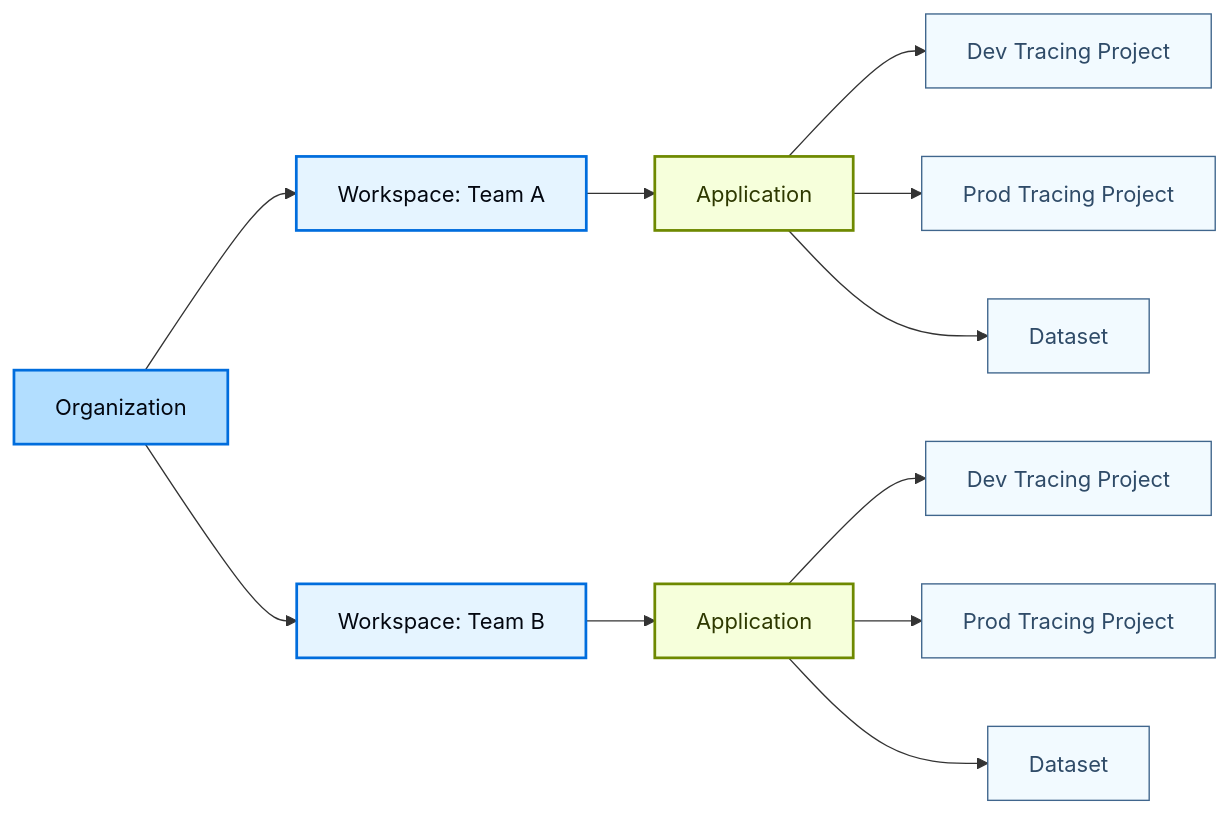
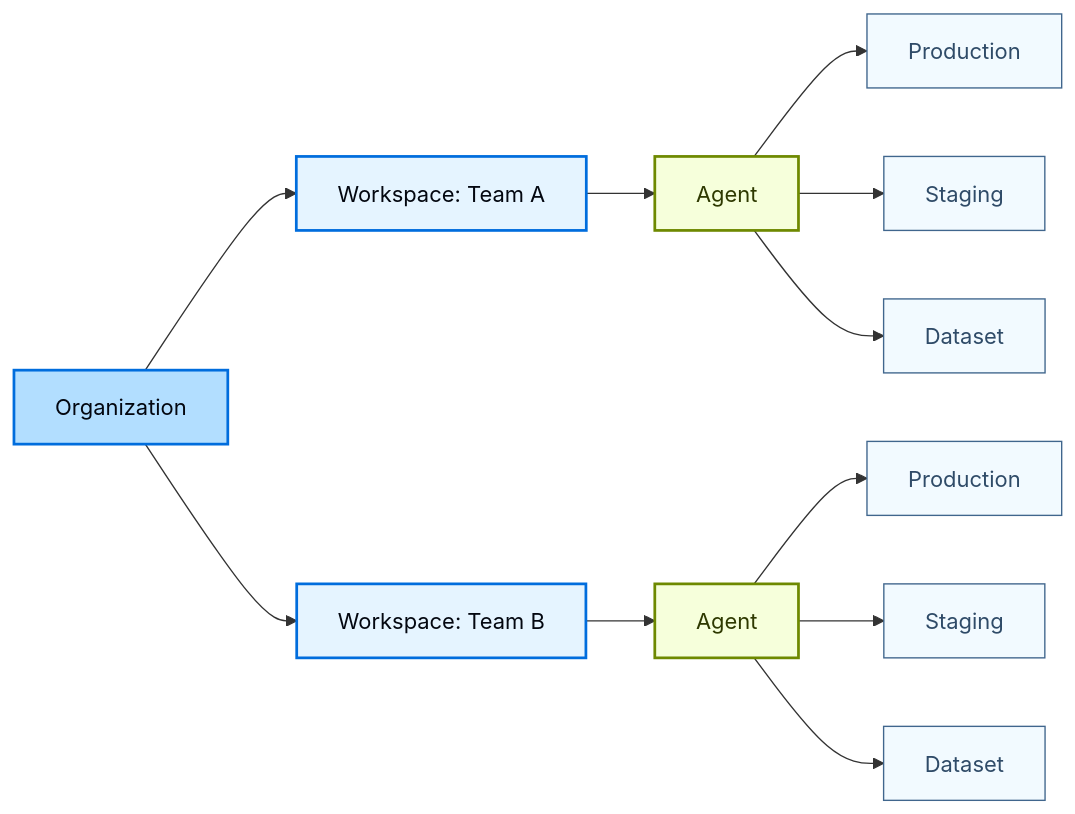
The first of 3 diagrams in src/langsmith/workload-isolation.mdx (langchain-ai/docs), drawn with Mermaid before and after one commit. The commit also changed other lines of this file and 43 other files, not shown here.

````diff
--- a/src/langsmith/workload-isolation.mdx
+++ b/src/langsmith/workload-isolation.mdx
@@ -28,42 +30,42 @@
 ```mermaid actions={false}
 graph LR
     Org[Organization]
 
     WS1[Workspace: Team A]
     WS2[Workspace: Team B]
 
-    App1A[Application]
-    App1B[Application]
+    AgentA[Agent]
+    AgentB[Agent]
 
-    DevA[Dev Tracing Project]
-    ProdA[Prod Tracing Project]
+    ProdA[Production]
+    StagingA[Staging]
     DatasetA[Dataset]
 
-    DevB[Dev Tracing Project]
-    ProdB[Prod Tracing Project]
+    ProdB[Production]
+    StagingB[Staging]
     DatasetB[Dataset]
 
     Org --> WS1
     Org --> WS2
 
-    WS1 --> App1A
-    WS2 --> App1B
+    WS1 --> AgentA
+    WS2 --> AgentB
 
-    App1A --> DevA
-    App1A --> ProdA
-    App1A --> DatasetA
+    AgentA --> ProdA
+    AgentA --> StagingA
+    AgentA --> DatasetA
 
-    App1B --> DevB
-    App1B --> ProdB
-    App1B --> DatasetB
+    AgentB --> ProdB
+    AgentB --> StagingB
+    AgentB --> DatasetB
 
     classDef orgStyle fill:#B2DEFF,stroke:#006DDD,stroke-width:2px,color:#030710
     classDef wsStyle fill:#E5F4FF,stroke:#006DDD,stroke-width:2px,color:#030710
     classDef appStyle fill:#F6FFDB,stroke:#6E8900,stroke-width:2px,color:#2E3900
     classDef resourceStyle fill:#F2FAFF,stroke:#40668D,stroke-width:1px,color:#2F4B68
 
     class Org orgStyle
     class WS1,WS2 wsStyle
-    class App1A,App1B appStyle
-    class DevA,ProdA,DatasetA,DevB,ProdB,DatasetB resourceStyle
+    class AgentA,AgentB appStyle
+    class ProdA,StagingA,DatasetA,ProdB,StagingB,DatasetB resourceStyle
 ```
````
